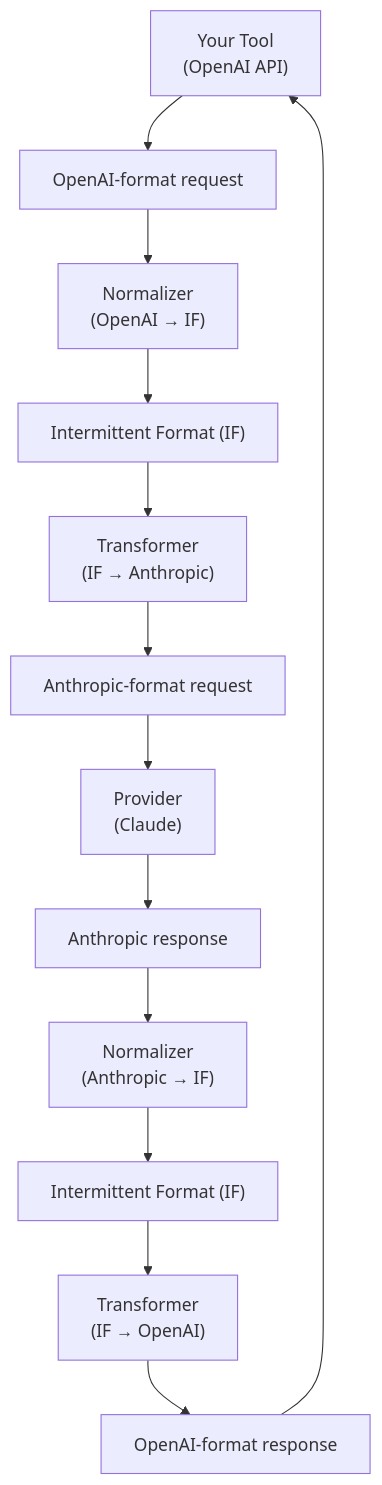
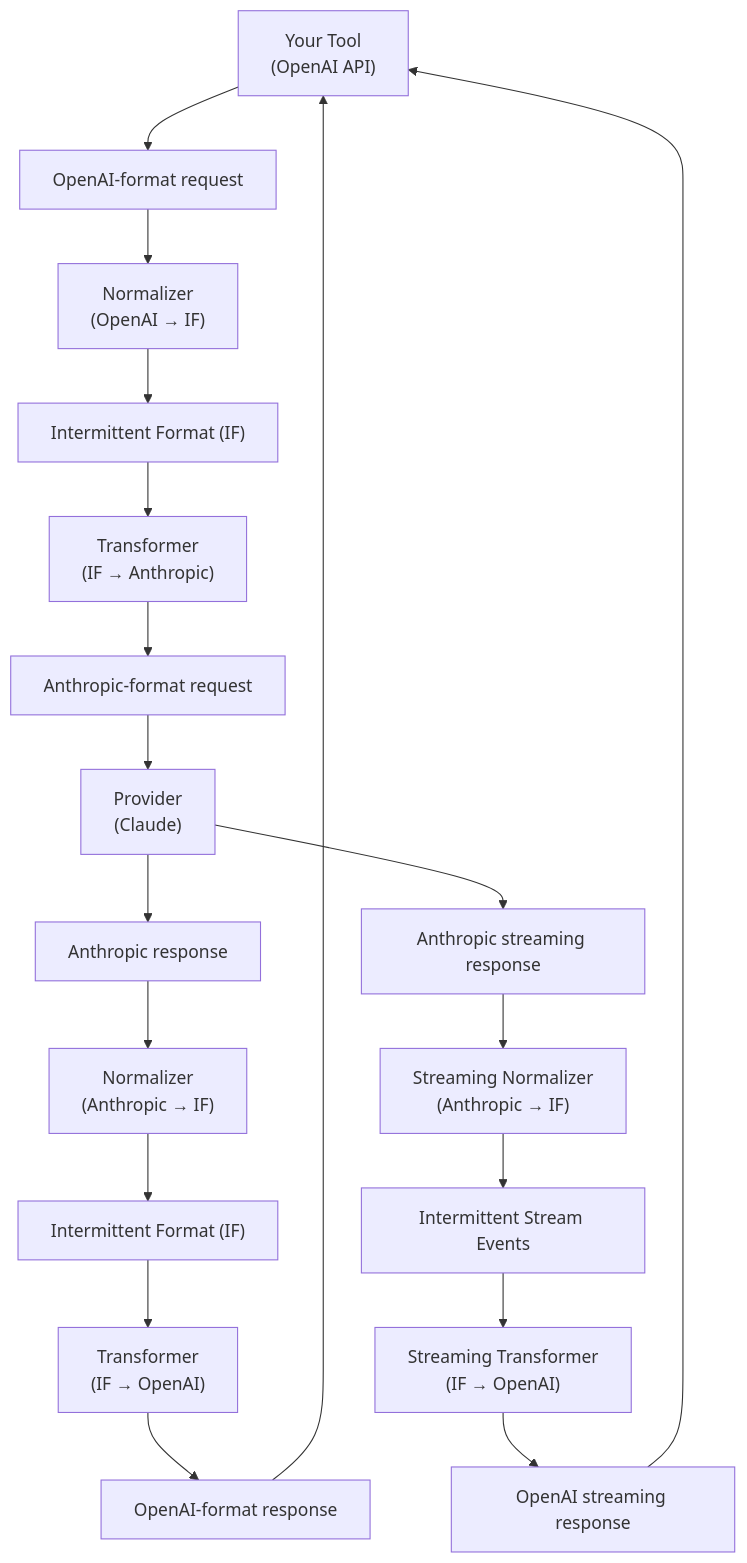
The diagram in docs/README.md (curefatih/kolo), drawn with Mermaid before and after one commit. The commit also changed other lines of this file and 1 other file, not shown here.

````diff
--- a/docs/README.md
+++ b/docs/README.md
@@ -70,15 +77,22 @@
 ```mermaid
 graph TD
     A["Your Tool<br/>(OpenAI API)"] --> B["OpenAI-format request"]
     B --> C["Normalizer<br/>(OpenAI → IF)"]
     C --> D["Intermittent Format (IF)"]
     D --> E["Transformer<br/>(IF → Anthropic)"]
     E --> F["Anthropic-format request"]
     F --> G["Provider<br/>(Claude)"]
     G --> H["Anthropic response"]
     H --> I["Normalizer<br/>(Anthropic → IF)"]
     I --> J["Intermittent Format (IF)"]
     J --> K["Transformer<br/>(IF → OpenAI)"]
     K --> L["OpenAI-format response"]
     L --> A
+    
+    G --> M["Anthropic streaming response"]
+    M --> N["Streaming Normalizer<br/>(Anthropic → IF)"]
+    N --> O["Intermittent Stream Events"]
+    O --> P["Streaming Transformer<br/>(IF → OpenAI)"]
+    P --> Q["OpenAI streaming response"]
+    Q --> A
 ```
````
